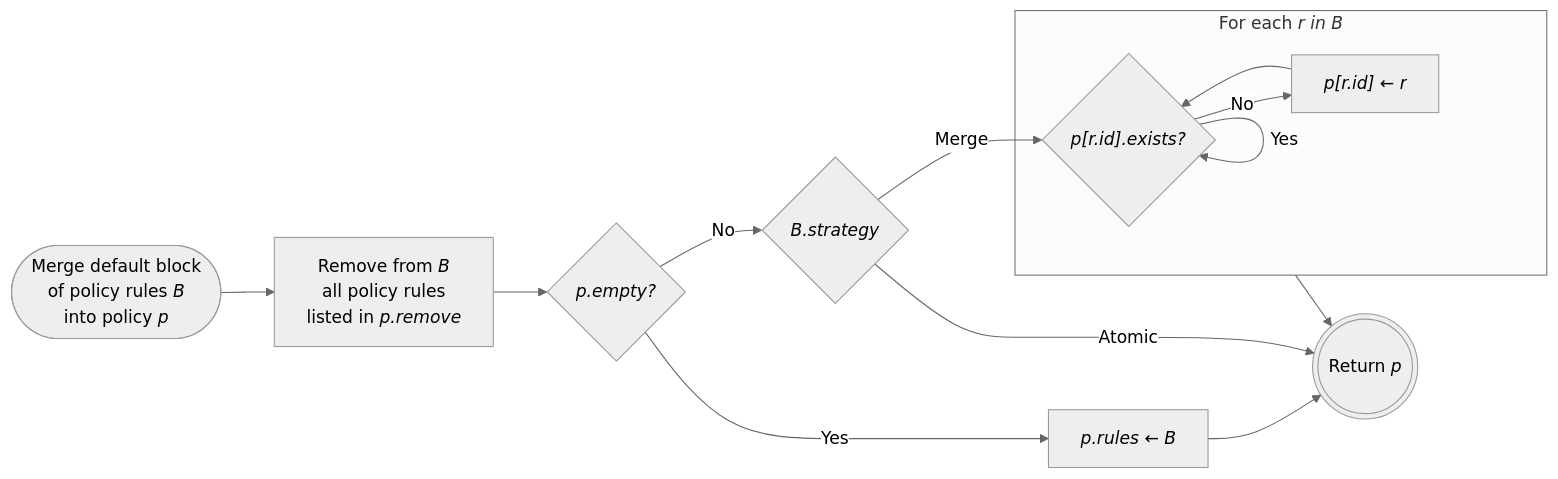
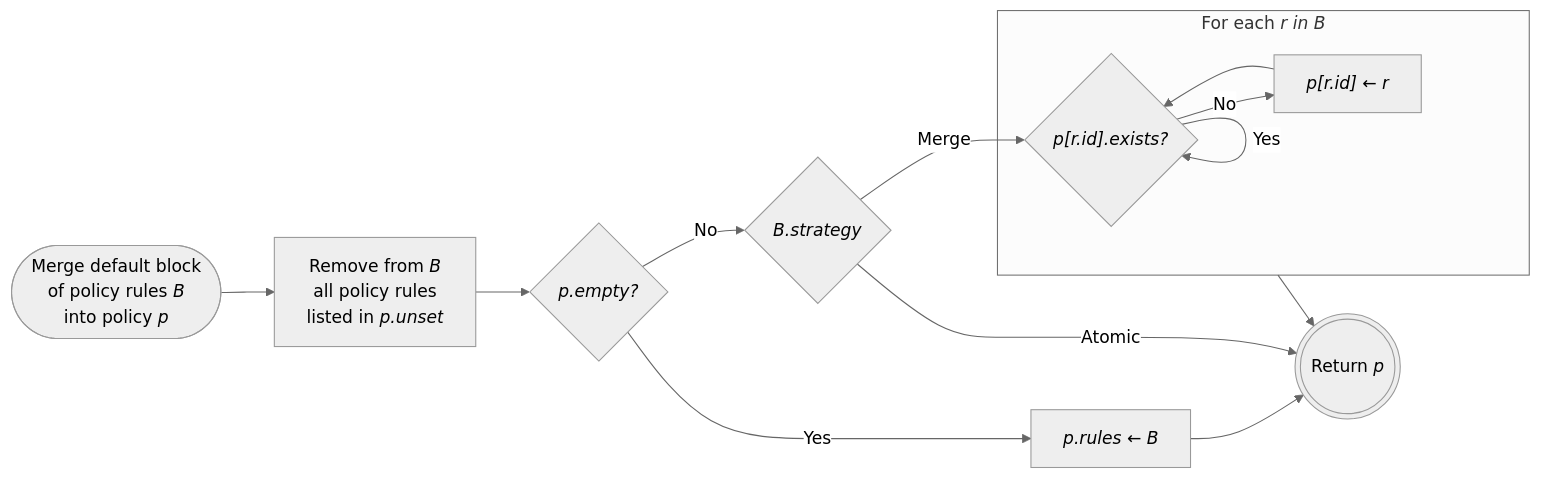
Before and after one commit to pmccarthy/architecture: the fifth of 6 diagrams in rfcs/0009-defaults-and-overrides.md, drawn with Mermaid. The commit also changed other lines of this file and 2 other files, not shown here.

````diff
--- a/rfcs/0009-defaults-and-overrides.md
+++ b/rfcs/0009-defaults-and-overrides.md
@@ -368,18 +384,18 @@
 ```mermaid
 %%{ init: { "theme": "neutral" } }%%
 flowchart LR
     merge-default-block-into-p-start([Merge default block<br>of policy rules <i>B</i><br>into policy <i>p</i>]) -->
-    remove-unwanted-policy-rules[Remove from <i>B</i><br>all policy rules<br>listed in <i>p.remove</i>] -->
+    unset-unwanted-policy-rules[Remove from <i>B</i><br>all policy rules<br>listed in <i>p.unset</i>] -->
     p-empty{<i>p.empty?</i>}
     p-empty -- "Yes" --> full-replace-p-with-defaut-block[<i>p.rules ← B</i>] --> merge-default-block-into-p-finish(((Return <i>p</i>)))
     p-empty -- "No" --> default-block-strategy{<i>B.strategy</i>}
     default-block-strategy -- "Atomic" --> merge-default-block-into-p-finish
     default-block-strategy -- "Merge" --> default-p-r-exists
     subgraph for-each-default-policy-rule["For each <i>r in B<i>"]
         default-p-r-exists{"<i>p[r.id].exists?</i>"}
         default-p-r-exists -- "Yes" --> default-p-r-exists
         default-p-r-exists -- "No" --> default-replace-pr["<i>p[r.id] ← r</i>"] --> default-p-r-exists
     end
     for-each-default-policy-rule -->
     merge-default-block-into-p-finish
 ```
````
